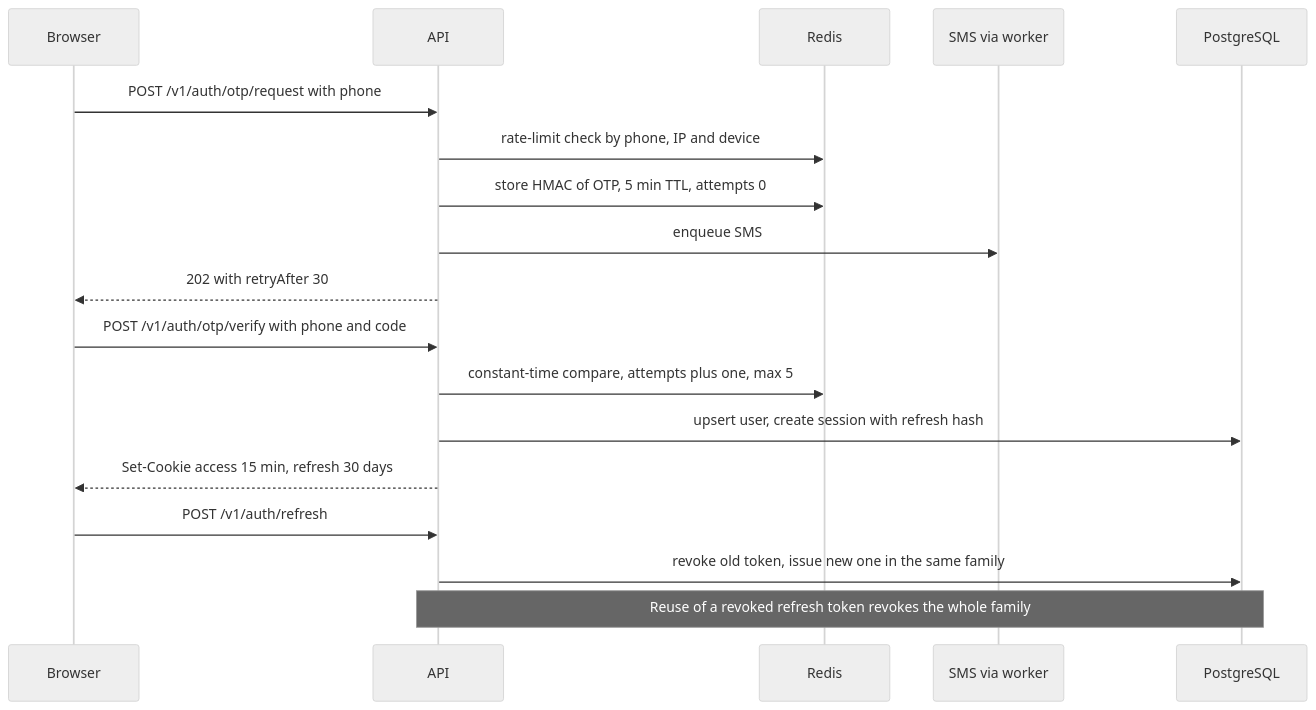
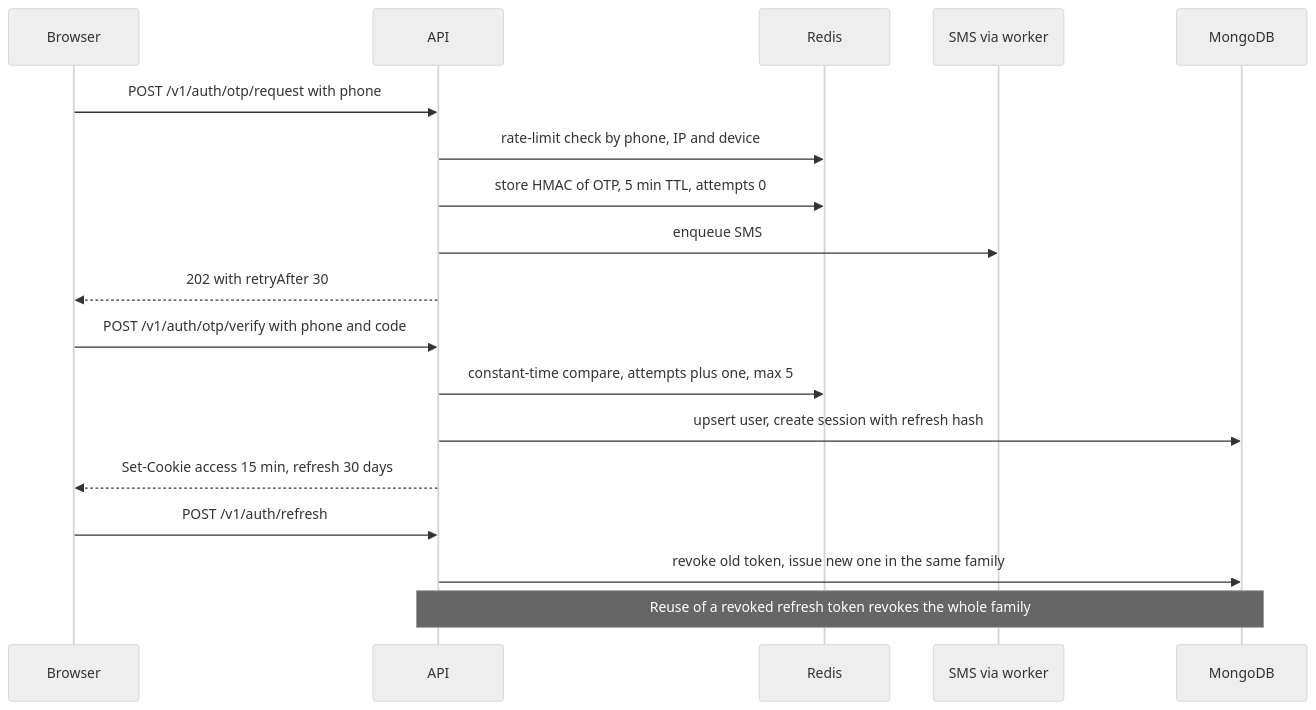
The diagram in docs/SECURITY.md (poopraveen/FareRide), drawn with Mermaid (neutral theme) before and after one commit. The commit also changed other lines of this file and 9 other files, not shown here.

First line of the commit message:
docs: switch the database design from PostgreSQL to MongoDB

````diff
--- a/docs/SECURITY.md
+++ b/docs/SECURITY.md
@@ -11,20 +11,20 @@
 ```mermaid
 sequenceDiagram
     participant B as Browser
     participant A as API
     participant R as Redis
     participant S as SMS via worker
-    participant D as PostgreSQL
+    participant D as MongoDB
     B->>A: POST /v1/auth/otp/request with phone
     A->>R: rate-limit check by phone, IP and device
     A->>R: store HMAC of OTP, 5 min TTL, attempts 0
     A->>S: enqueue SMS
     A-->>B: 202 with retryAfter 30
     B->>A: POST /v1/auth/otp/verify with phone and code
     A->>R: constant-time compare, attempts plus one, max 5
     A->>D: upsert user, create session with refresh hash
     A-->>B: Set-Cookie access 15 min, refresh 30 days
     B->>A: POST /v1/auth/refresh
     A->>D: revoke old token, issue new one in the same family
     Note over A,D: Reuse of a revoked refresh token revokes the whole family
 ```
````
